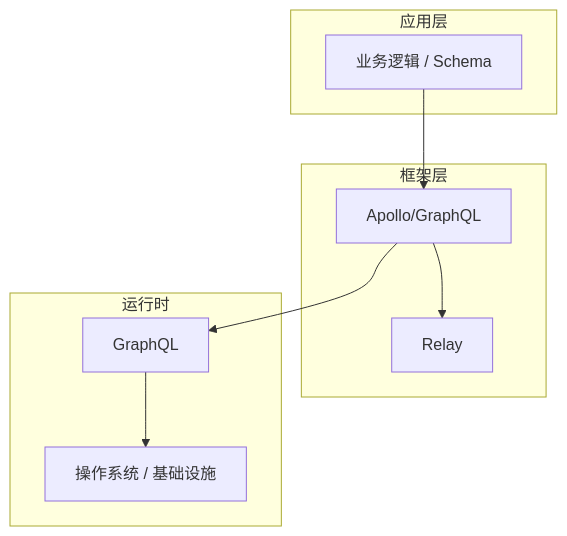
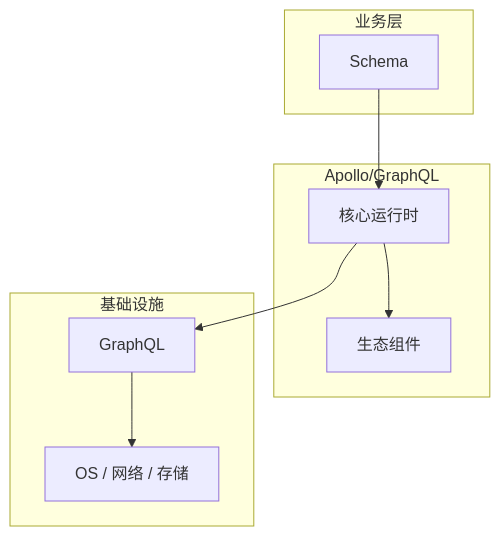
One commit to yanggan2015/knowledge-json-v2 changed the diagram in articles/GraphQL/chapters/006-Schema核心概念与原理.md. Above: the diagram before and after it, drawn with Mermaid. The commit also changed other lines of this file and 10127 other files, not shown here.

````diff
--- a/articles/GraphQL/chapters/006-Schema核心概念与原理.md
+++ b/articles/GraphQL/chapters/006-Schema核心概念与原理.md
@@ -45,18 +30,18 @@
 ```mermaid
 graph TB
-    subgraph 应用层
-        A[业务逻辑 / Schema]
+    subgraph 业务层
+        A[Schema]
     end
-    subgraph 框架层
-        B[Apollo/GraphQL]
-        C[Relay]
+    subgraph Apollo/GraphQL
+        B[核心运行时]
+        C[生态组件]
     end
-    subgraph 运行时
+    subgraph 基础设施
         D[GraphQL]
-        E[操作系统 / 基础设施]
+        E[OS / 网络 / 存储]
     end
     A --> B
     B --> C
     B --> D
     D --> E
 ```
````
